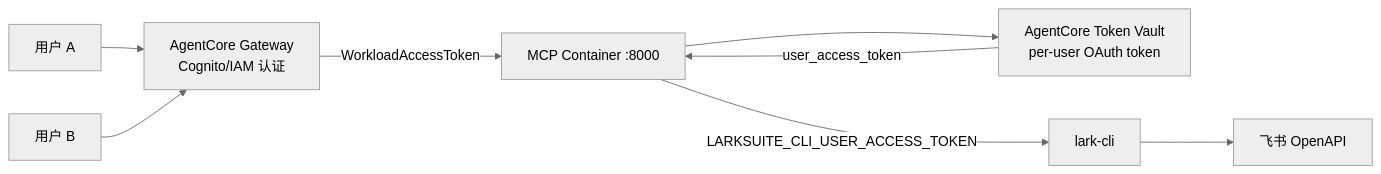
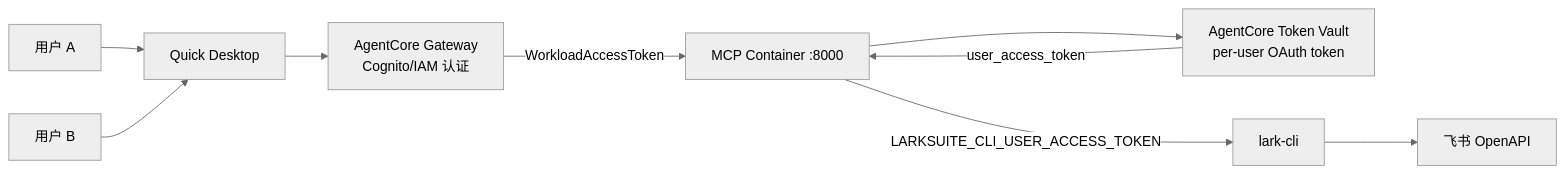
One commit to ddpie/lark-cli-mcp-wrapper changed the diagram in README.md. Above: the diagram before and after it, drawn with Mermaid (neutral theme). The commit also changed other lines of this file, not shown here.

Commit message:
docs: reorder — Remote MCP (AgentCore) first, Local MCP second

````diff
--- a/README.md
+++ b/README.md
@@ -53,10 +26,11 @@
 ```mermaid
 graph LR
-    U1[用户 A] --> GW[AgentCore Gateway<br/>Cognito/IAM 认证]
-    U2[用户 B] --> GW
+    U1[用户 A] --> QD[Quick Desktop]
+    U2[用户 B] --> QD
+    QD --> GW[AgentCore Gateway<br/>Cognito/IAM 认证]
     GW -->|WorkloadAccessToken| C[MCP Container :8000]
     C --> TV[AgentCore Token Vault<br/>per-user OAuth token]
     TV -->|user_access_token| C
     C -->|LARKSUITE_CLI_USER_ACCESS_TOKEN| CLI[lark-cli]
     CLI --> API[飞书 OpenAPI]
 ```
````
